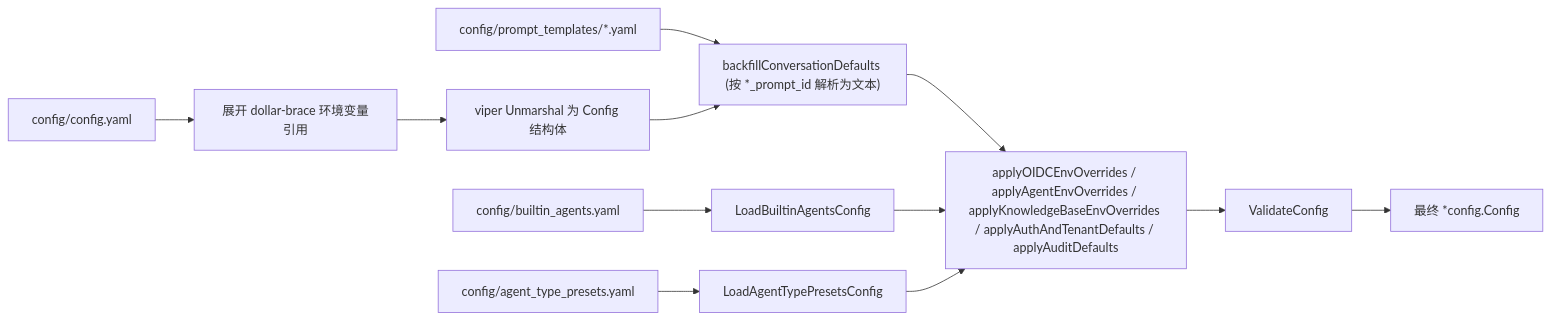
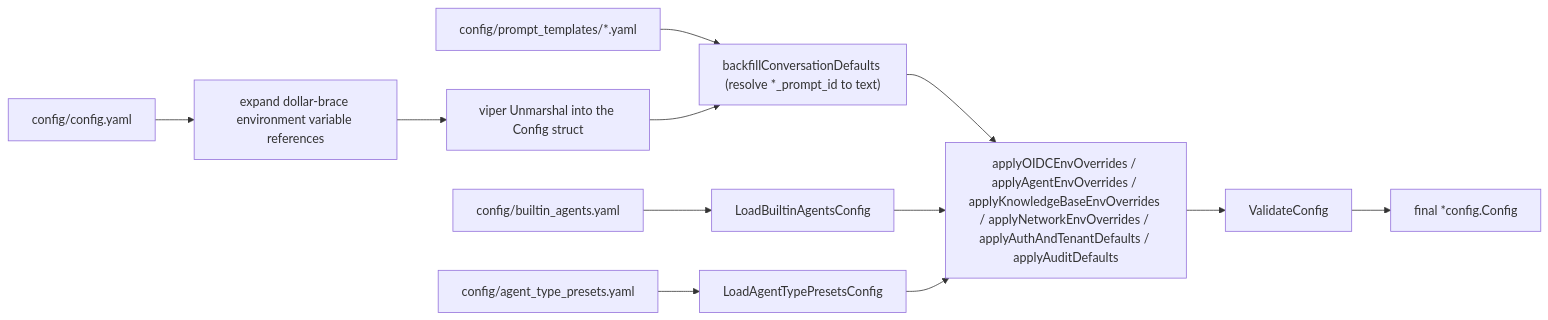
One commit to jrmatherly/ai-kb changed the diagram in website-docs/01-getting-started/04-configuration.md. Above: the diagram before and after it, drawn with Mermaid. The commit also changed other lines of this file and 17 other files, not shown here.

````diff
--- a/website-docs/01-getting-started/04-configuration.md
+++ b/website-docs/01-getting-started/04-configuration.md
@@ -27,13 +27,13 @@
 ```mermaid
 flowchart LR
-    Y["config/config.yaml"] --> EXP["展开 dollar-brace 环境变量引用"]
-    EXP --> V["viper Unmarshal 为 Config 结构体"]
-    PT["config/prompt_templates/*.yaml"] --> BF["backfillConversationDefaults (按 *_prompt_id 解析为文本)"]
+    Y["config/config.yaml"] --> EXP["expand dollar-brace environment variable references"]
+    EXP --> V["viper Unmarshal into the Config struct"]
+    PT["config/prompt_templates/*.yaml"] --> BF["backfillConversationDefaults (resolve *_prompt_id to text)"]
     V --> BF
     BA["config/builtin_agents.yaml"] --> LD["LoadBuiltinAgentsConfig"]
     AP["config/agent_type_presets.yaml"] --> LD2["LoadAgentTypePresetsConfig"]
-    BF --> OV["applyOIDCEnvOverrides / applyAgentEnvOverrides / applyKnowledgeBaseEnvOverrides / applyAuthAndTenantDefaults / applyAuditDefaults"]
+    BF --> OV["applyOIDCEnvOverrides / applyAgentEnvOverrides / applyKnowledgeBaseEnvOverrides / applyNetworkEnvOverrides / applyAuthAndTenantDefaults / applyAuditDefaults"]
     LD --> OV
     LD2 --> OV
-    OV --> VC["ValidateConfig"] --> CFG["最终 *config.Config"]
+    OV --> VC["ValidateConfig"] --> CFG["final *config.Config"]
 ```
````
